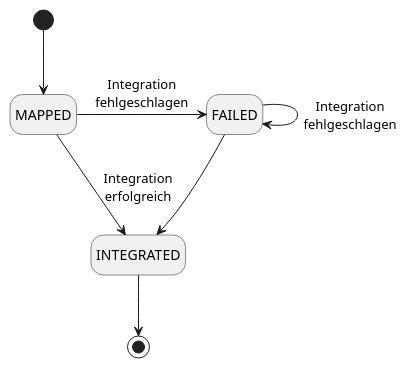
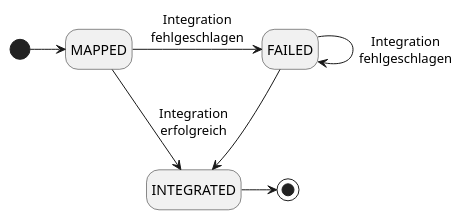
Before and after one commit to TuncerCatalkaya/data-integration: the diagram in data-integration-documentation/src/main/images/design/integration/itemStatus.puml, drawn with PlantUML. The commit also changed 15 other files, not shown here.

Commit message:
diagrams

```diff
--- a/data-integration-documentation/src/main/images/design/integration/itemStatus.puml
+++ b/data-integration-documentation/src/main/images/design/integration/itemStatus.puml
@@ -1,11 +1,11 @@
 @startuml
 hide empty description
 
-[*] --> MAPPED
+[*] -> MAPPED
 MAPPED -> INTEGRATED: Integration\nerfolgreich
 MAPPED -> FAILED: Integration\nfehlgeschlagen
 FAILED -> FAILED: Integration\nfehlgeschlagen
 FAILED --> INTEGRATED
-INTEGRATED --> [*]
+INTEGRATED -> [*]
 
 @enduml
```
